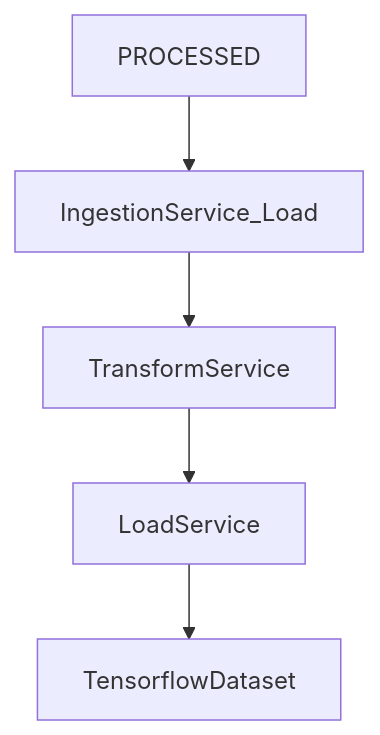
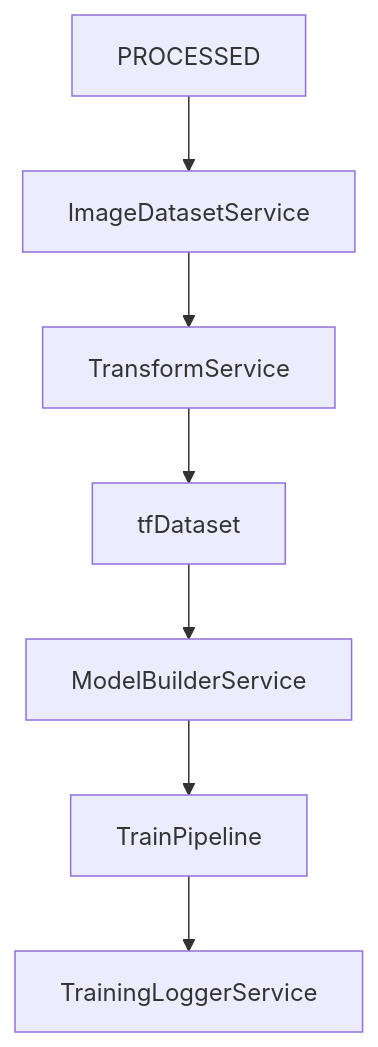
One commit to kjpou1/convolution-patterns changed the second of 2 diagrams in docs/ARCHETECTURE.md. Above: the diagram before and after it, drawn with Mermaid. The commit also changed other lines of this file, not shown here.

First line of the commit message:
docs: update ARCHITECTURE.md to reflect ETL/runtime separation and service roles

````diff
--- a/docs/ARCHETECTURE.md
+++ b/docs/ARCHETECTURE.md
@@ -56,7 +59,9 @@
 ```mermaid
 flowchart TD
-  PROCESSED --> IngestionService_Load
-  IngestionService_Load --> TransformService
-  TransformService --> LoadService
-  LoadService --> TensorflowDataset
+  PROCESSED --> ImageDatasetService
+  ImageDatasetService --> TransformService
+  TransformService --> tfDataset
+  tfDataset --> ModelBuilderService
+  ModelBuilderService --> TrainPipeline
+  TrainPipeline --> TrainingLoggerService
 ```
````
